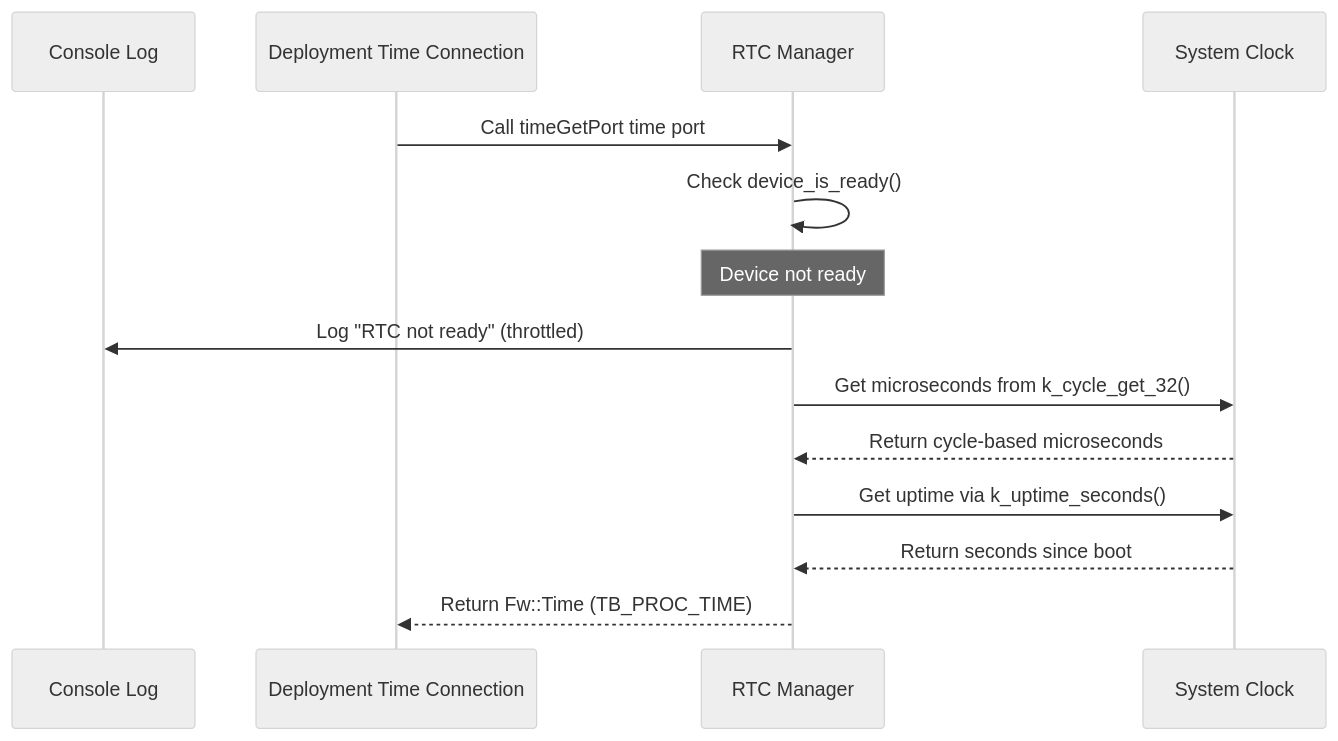
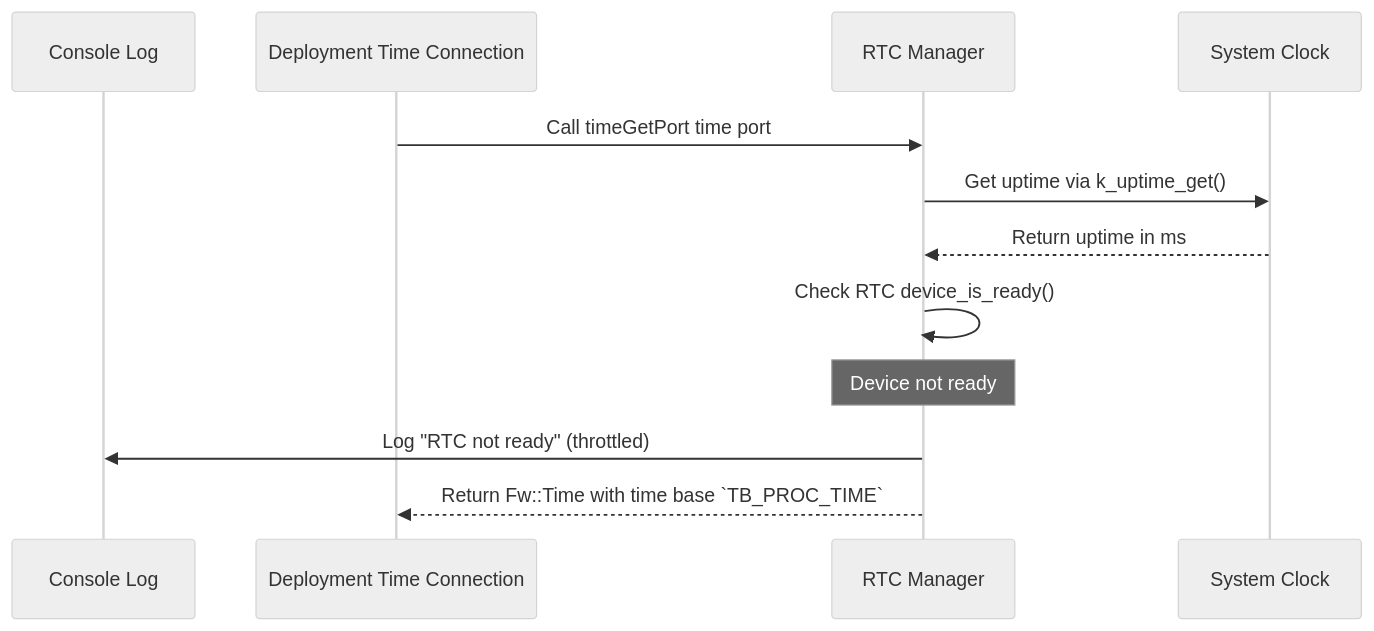
The fourth of 8 diagrams in FprimeZephyrReference/Components/Drv/RtcManager/docs/sdd.md (Open-Source-Space-Foundation/proves-core-reference), drawn with Mermaid (neutral theme) before and after one commit. The commit also changed other lines of this file and 14 other files, not shown here.

````diff
--- a/FprimeZephyrReference/Components/Drv/RtcManager/docs/sdd.md
+++ b/FprimeZephyrReference/Components/Drv/RtcManager/docs/sdd.md
@@ -117,16 +163,15 @@
 ```mermaid
 sequenceDiagram
     participant Console Log
     participant Deployment Time Connection
     participant RTC Manager
     participant System Clock
+
     Deployment Time Connection->>RTC Manager: Call timeGetPort time port
-    RTC Manager->>RTC Manager: Check device_is_ready()
+    RTC Manager->>System Clock: Get uptime via k_uptime_get()
+    System Clock-->>RTC Manager: Return uptime in ms
+    RTC Manager->>RTC Manager: Check RTC device_is_ready()
     Note over RTC Manager: Device not ready
     RTC Manager->>Console Log: Log "RTC not ready" (throttled)
-    RTC Manager->>System Clock: Get microseconds from k_cycle_get_32()
-    System Clock-->>RTC Manager: Return cycle-based microseconds
-    RTC Manager->>System Clock: Get uptime via k_uptime_seconds()
-    System Clock-->>RTC Manager: Return seconds since boot
-    RTC Manager-->>Deployment Time Connection: Return Fw::Time (TB_PROC_TIME)
+    RTC Manager-->>Deployment Time Connection: Return Fw::Time with time base `TB_PROC_TIME`
 ```
````
